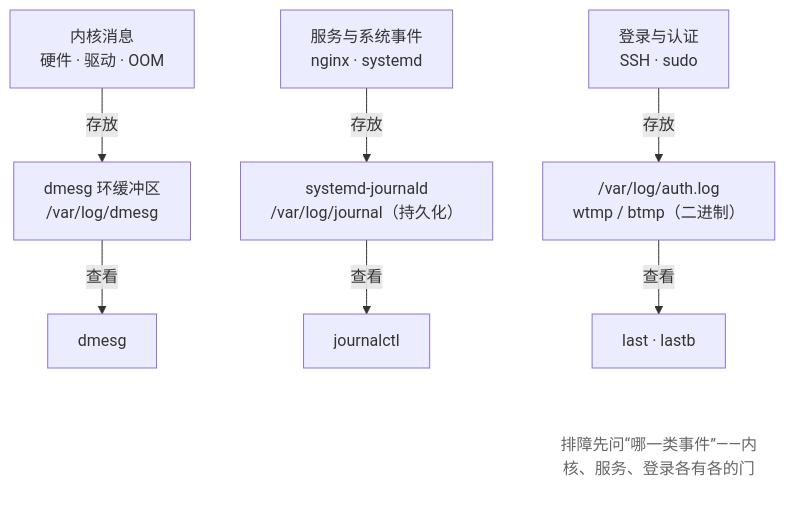
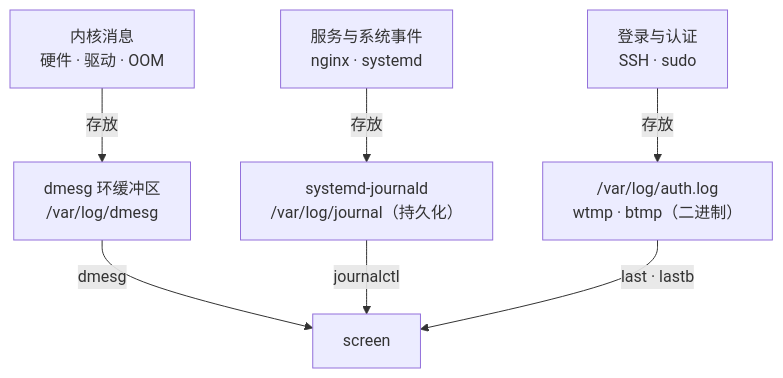
Before and after one commit to wangxiangnan/wangxiangnan.github.io: the second of 2 diagrams in src/linux-command/ch13.md, drawn with Mermaid. The commit also changed other lines of this file and 15 other files, not shown here.

````diff
--- a/src/linux-command/ch13.md
+++ b/src/linux-command/ch13.md
@@ -79,12 +77,16 @@
 ```mermaid
 flowchart TB
-    K1["内核消息<br>硬件 · 驱动 · OOM"] -->|存放| K2["dmesg 环缓冲区<br>/var/log/dmesg"] -->|查看| K3["dmesg"]
-    S1["服务与系统事件<br>nginx · systemd"] -->|存放| S2["systemd-journald<br>/var/log/journal（持久化）"] -->|查看| S3["journalctl"]
-    L1["登录与认证<br>SSH · sudo"] -->|存放| L2["/var/log/auth.log<br>wtmp / btmp（二进制）"] -->|查看| L3["last · lastb"]
-    N["排障先问“哪一类事件”——内核、服务、登录各有各的门"]
-
-    L3 ~~~ N
-
-    classDef note fill:none,stroke:none,color:#666
-    class N note
+    K1["内核消息<br>硬件 · 驱动 · OOM"]
+    K2["dmesg 环缓冲区<br>/var/log/dmesg"]
+    S1["服务与系统事件<br>nginx · systemd"]
+    S2["systemd-journald<br>/var/log/journal（持久化）"]
+    L1["登录与认证<br>SSH · sudo"]
+    L2["/var/log/auth.log<br>wtmp · btmp（二进制）"]
+    S["screen"]
+    K1 -->|存放| K2
+    S1 -->|存放| S2
+    L1 -->|存放| L2
+    K2 -->|"dmesg"| S
+    S2 -->|"journalctl"| S
+    L2 -->|"last · lastb"| S
 ```
````
